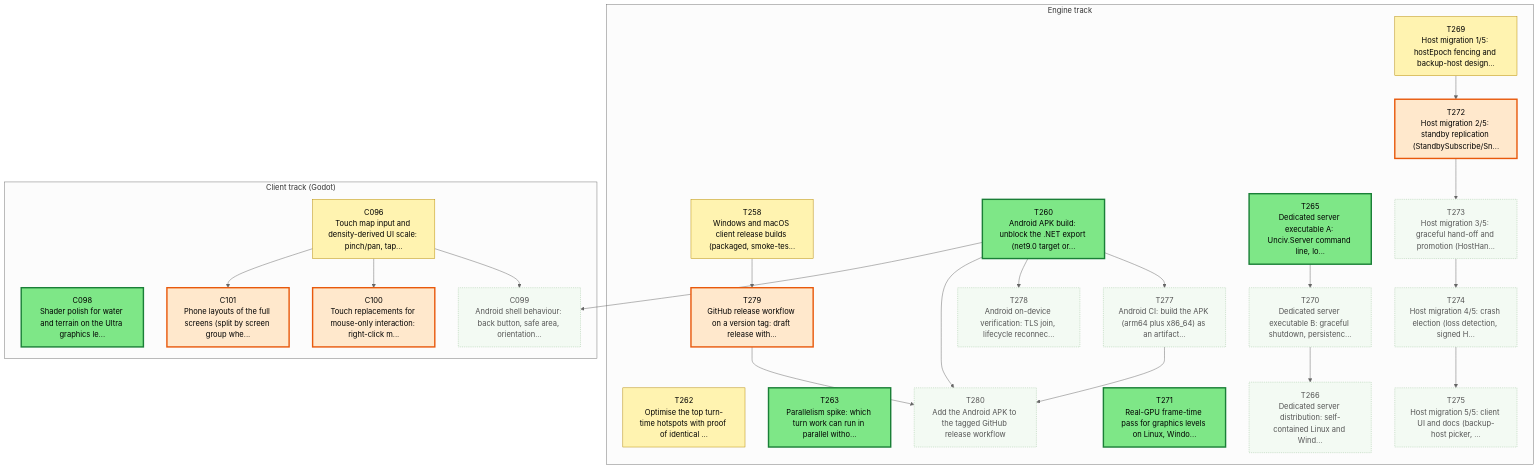
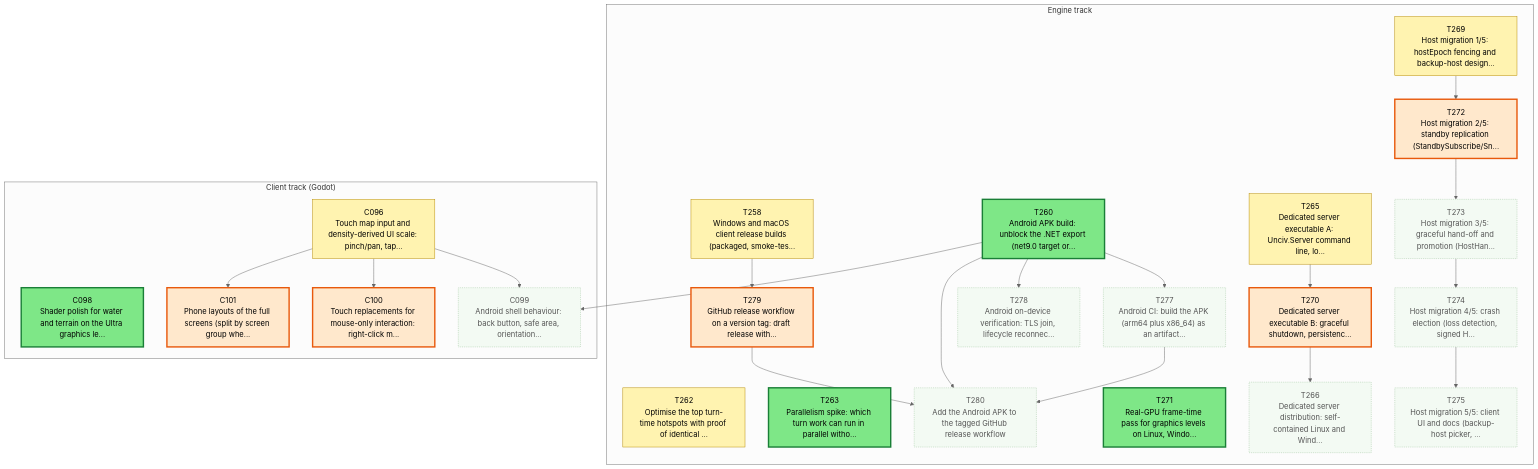
The first of 3 diagrams in csharp/migration/DEPENDENCY_MAP.md (Kenmura/Unciv), drawn with Mermaid (neutral theme) before and after one commit. The commit also changed other lines of this file and 1 other file, not shown here.

````diff
--- a/csharp/migration/DEPENDENCY_MAP.md
+++ b/csharp/migration/DEPENDENCY_MAP.md
@@ -35,74 +35,74 @@
 ```mermaid
 flowchart TD
   subgraph TTRACK["Engine track"]
     T258["T258<br/>Windows and macOS client release builds (packaged, smoke-tes..."]
     T260["T260<br/>Android APK build: unblock the .NET export (net9.0 target or..."]
     T262["T262<br/>Optimise the top turn-time hotspots with proof of identical ..."]
     T263["T263<br/>Parallelism spike: which turn work can run in parallel witho..."]
     T265["T265<br/>Dedicated server executable A: Unciv.Server command line, lo..."]
     T266["T266<br/>Dedicated server distribution: self-contained Linux and Wind..."]
     T269["T269<br/>Host migration 1/5: hostEpoch fencing and backup-host design..."]
     T270["T270<br/>Dedicated server executable B: graceful shutdown, persistenc..."]
     T271["T271<br/>Real-GPU frame-time pass for graphics levels on Linux, Windo..."]
     T272["T272<br/>Host migration 2/5: standby replication (StandbySubscribe/Sn..."]
     T273["T273<br/>Host migration 3/5: graceful hand-off and promotion (HostHan..."]
     T274["T274<br/>Host migration 4/5: crash election (loss detection, signed H..."]
     T275["T275<br/>Host migration 5/5: client UI and docs (backup-host picker, ..."]
     T277["T277<br/>Android CI: build the APK (arm64 plus x86_64) as an artifact..."]
     T278["T278<br/>Android on-device verification: TLS join, lifecycle reconnec..."]
     T279["T279<br/>GitHub release workflow on a version tag: draft release with..."]
     T280["T280<br/>Add the Android APK to the tagged GitHub release workflow"]
   end
   subgraph CTRACK["Client track (Godot)"]
     C096["C096<br/>Touch map input and density-derived UI scale: pinch/pan, tap..."]
     C098["C098<br/>Shader polish for water and terrain on the Ultra graphics le..."]
     C099["C099<br/>Android shell behaviour: back button, safe area, orientation..."]
     C100["C100<br/>Touch replacements for mouse-only interaction: right-click m..."]
     C101["C101<br/>Phone layouts of the full screens (split by screen group whe..."]
   end
   T270 --> T266
   T265 --> T270
   T269 --> T272
   T272 --> T273
   T273 --> T274
   T274 --> T275
   T260 --> T277
   T260 --> T278
   T258 --> T279
   T279 --> T280
   T260 --> T280
   T277 --> T280
   T260 --> C099
   C096 --> C099
   C096 --> C100
   C096 --> C101
   classDef waiting fill:#f3faf3,stroke:#9bc49b,color:#555,stroke-dasharray:2 2
   classDef ondeck fill:#ffe8cc,stroke:#e8590c,stroke-width:3px,color:#000
   classDef ready fill:#7ee787,stroke:#1a7f37,stroke-width:3px,color:#000
   classDef prog fill:#fff3b0,stroke:#b58900,color:#000
   classDef review fill:#cfe4ff,stroke:#1f6feb,color:#000
   classDef blocked fill:#ffd6d6,stroke:#c62828,color:#000
   classDef done fill:#eeeeee,stroke:#999999,color:#666,stroke-dasharray:4 3
   class C096 prog
   class C098 ready
   class C099 waiting
   class C100 ondeck
   class C101 ondeck
   class T258 prog
   class T260 ready
   class T262 prog
   class T263 ready
-  class T265 ready
+  class T265 prog
   class T266 waiting
   class T269 prog
-  class T270 waiting
+  class T270 ondeck
   class T271 ready
   class T272 ondeck
   class T273 waiting
   class T274 waiting
   class T275 waiting
   class T277 waiting
   class T278 waiting
   class T279 ondeck
   class T280 waiting
 ```
````
